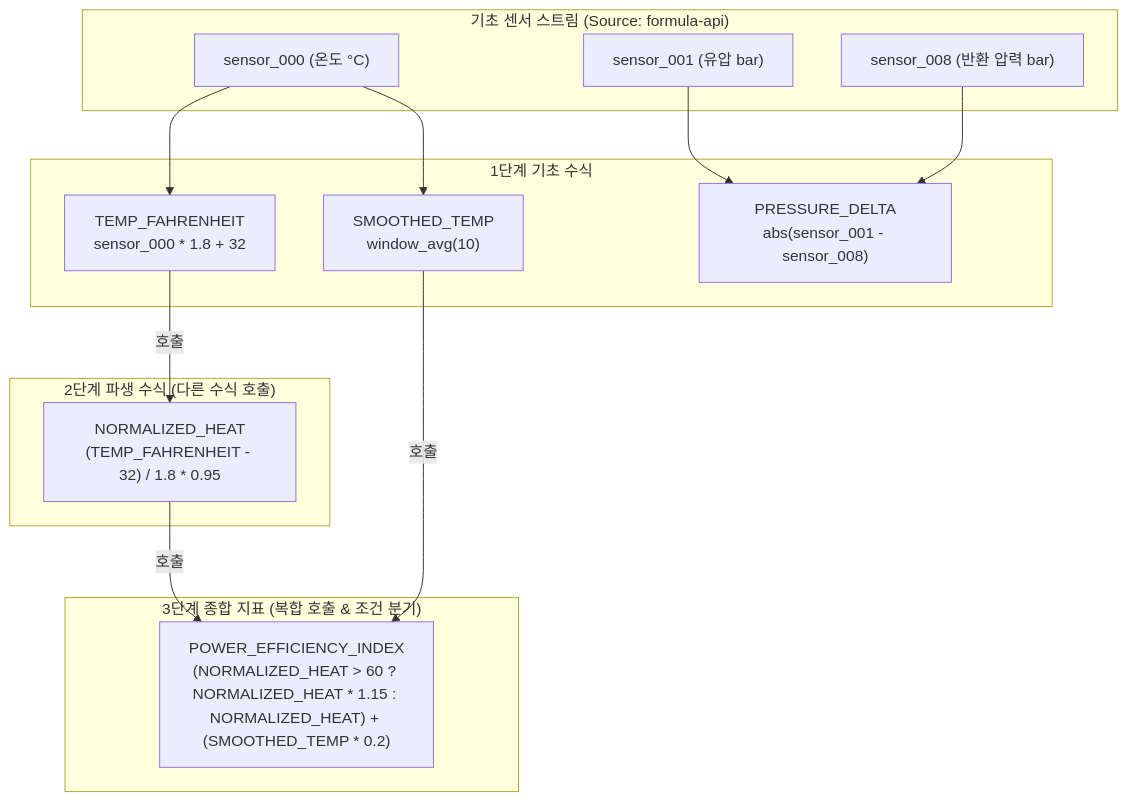
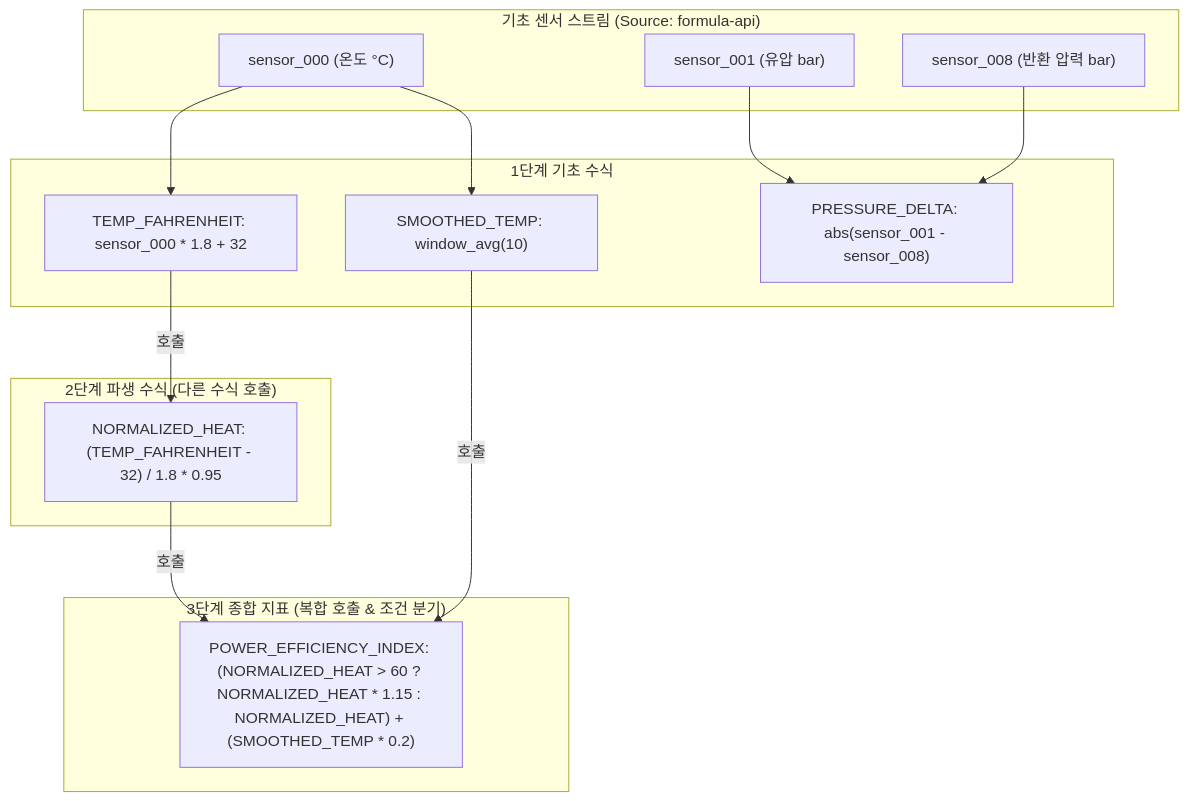
Before and after one commit to imoil/formula-evaluator-service: the second of 6 diagrams in docs/FRONTEND_UI_GUIDE.md, drawn with Mermaid. The commit also changed other lines of this file, not shown here.

Commit message:
docs: add end-to-end data pipeline flowchart and sequence diagram to frontend guide

````diff
--- a/docs/FRONTEND_UI_GUIDE.md
+++ b/docs/FRONTEND_UI_GUIDE.md
@@ -128,30 +128,30 @@
 ```mermaid
 flowchart TD
     subgraph DataStreams["기초 센서 스트림 (Source: formula-api)"]
         S0["sensor_000 (온도 °C)"]
         S1["sensor_001 (유압 bar)"]
         S8["sensor_008 (반환 압력 bar)"]
     end
 
     subgraph Level1["1단계 기초 수식"]
-        TF["TEMP_FAHRENHEIT<br/>sensor_000 * 1.8 + 32"]
-        ST["SMOOTHED_TEMP<br/>window_avg(10)"]
-        PD["PRESSURE_DELTA<br/>abs(sensor_001 - sensor_008)"]
+        TF["TEMP_FAHRENHEIT: sensor_000 * 1.8 + 32"]
+        ST["SMOOTHED_TEMP: window_avg(10)"]
+        PD["PRESSURE_DELTA: abs(sensor_001 - sensor_008)"]
     end
 
     subgraph Level2["2단계 파생 수식 (다른 수식 호출)"]
-        NH["NORMALIZED_HEAT<br/>(TEMP_FAHRENHEIT - 32) / 1.8 * 0.95"]
+        NH["NORMALIZED_HEAT: (TEMP_FAHRENHEIT - 32) / 1.8 * 0.95"]
     end
 
     subgraph Level3["3단계 종합 지표 (복합 호출 & 조건 분기)"]
-        PEI["POWER_EFFICIENCY_INDEX<br/>(NORMALIZED_HEAT > 60 ? NORMALIZED_HEAT * 1.15 : NORMALIZED_HEAT) + (SMOOTHED_TEMP * 0.2)"]
+        PEI["POWER_EFFICIENCY_INDEX: (NORMALIZED_HEAT > 60 ? NORMALIZED_HEAT * 1.15 : NORMALIZED_HEAT) + (SMOOTHED_TEMP * 0.2)"]
     end
 
     S0 --> TF
     S0 --> ST
     S1 & S8 --> PD
 
     TF -->|호출| NH
     NH -->|호출| PEI
     ST -->|호출| PEI
 ```
````
